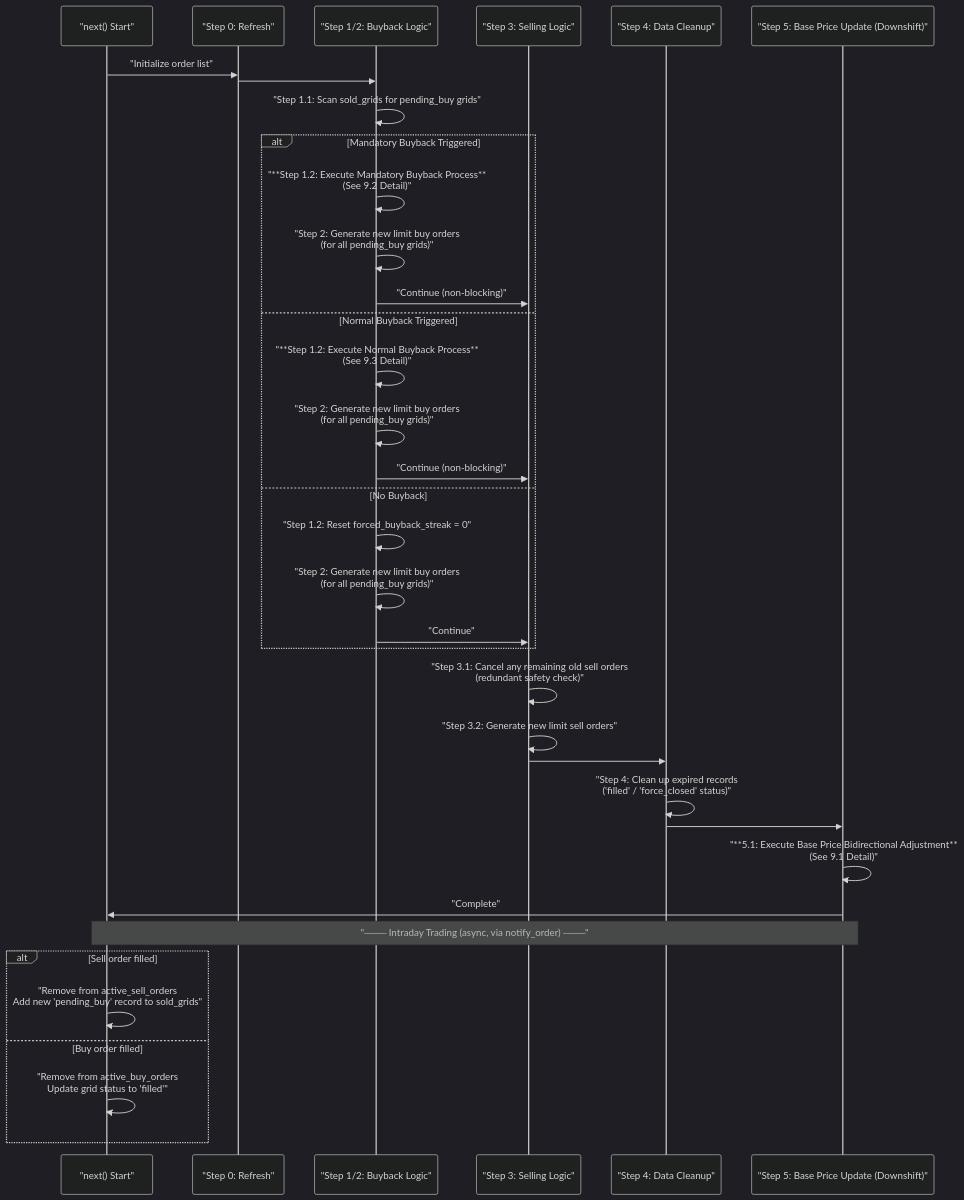
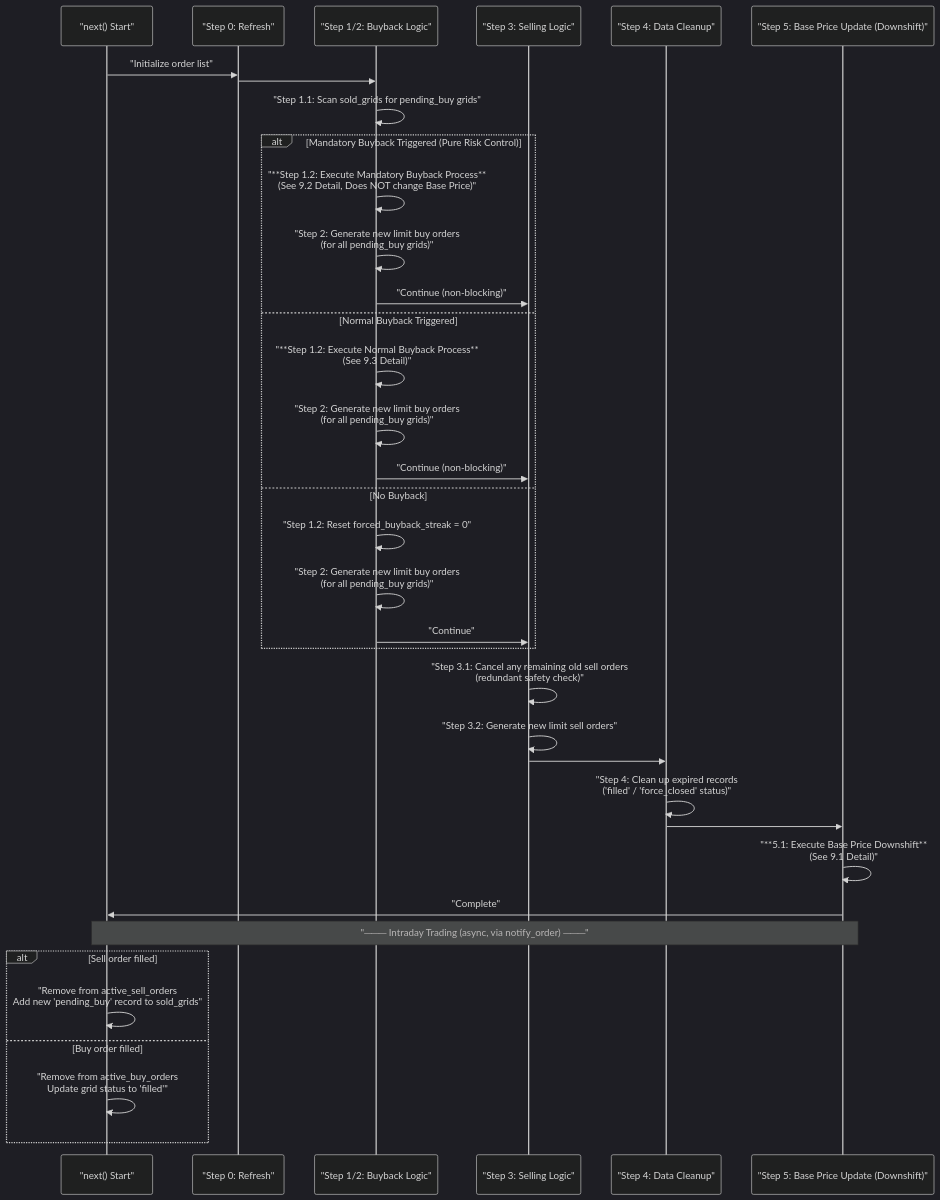
One commit to hhdsyxwei/campsis changed the first of 4 diagrams in docs/strategy-designs/grid-based-bear-chasing-strategy.md. Above: the diagram before and after it, drawn with Mermaid (dark theme). The commit also changed other lines of this file, not shown here.

First line of the commit message:
refactor(strategy): revert to unidirectional base price 'Gravity Model'

````diff
--- a/docs/strategy-designs/grid-based-bear-chasing-strategy.md
+++ b/docs/strategy-designs/grid-based-bear-chasing-strategy.md
@@ -324,48 +324,48 @@
 ```mermaid
 sequenceDiagram
     participant Next as "next() Start"
     participant Refresh as "Step 0: Refresh"
     participant BuyLogic as "Step 1/2: Buyback Logic"
     participant SellLogic as "Step 3: Selling Logic"
     participant Cleanup as "Step 4: Data Cleanup"
     participant BaseUpdate as "Step 5: Base Price Update (Downshift)"
 
     Next->>Refresh: "Initialize order list"
     Refresh->>BuyLogic: 
 
     BuyLogic->>BuyLogic: "Step 1.1: Scan sold_grids for pending_buy grids"
 
-    alt Mandatory Buyback Triggered
-        BuyLogic->>BuyLogic: "**Step 1.2: Execute Mandatory Buyback Process**<br>(See 9.2 Detail)"
+    alt Mandatory Buyback Triggered (Pure Risk Control)
+        BuyLogic->>BuyLogic: "**Step 1.2: Execute Mandatory Buyback Process**<br>(See 9.2 Detail, Does NOT change Base Price)"
         BuyLogic->>BuyLogic: "Step 2: Generate new limit buy orders<br>(for all pending_buy grids)"
         BuyLogic->>SellLogic: "Continue (non-blocking)"
         
     else Normal Buyback Triggered
         BuyLogic->>BuyLogic: "**Step 1.2: Execute Normal Buyback Process**<br>(See 9.3 Detail)"
         BuyLogic->>BuyLogic: "Step 2: Generate new limit buy orders<br>(for all pending_buy grids)"
         BuyLogic->>SellLogic: "Continue (non-blocking)"
 
     else No Buyback
         BuyLogic->>BuyLogic: "Step 1.2: Reset forced_buyback_streak = 0"
         BuyLogic->>BuyLogic: "Step 2: Generate new limit buy orders<br>(for all pending_buy grids)"
         BuyLogic->>SellLogic: "Continue"
     end
 
     SellLogic->>SellLogic: "Step 3.1: Cancel any remaining old sell orders<br>(redundant safety check)"
     SellLogic->>SellLogic: "Step 3.2: Generate new limit sell orders"
     SellLogic->>Cleanup: 
 
     Cleanup->>Cleanup: "Step 4: Clean up expired records<br>('filled' / 'force_closed' status)"
     Cleanup->>BaseUpdate: 
 
-    BaseUpdate->>BaseUpdate: "**5.1: Execute Base Price Bidirectional Adjustment**<br>(See 9.1 Detail)"
+    BaseUpdate->>BaseUpdate: "**5.1: Execute Base Price Downshift**<br>(See 9.1 Detail)"
     BaseUpdate->>Next: "Complete"
 
     Note over Next,BaseUpdate: "─── Intraday Trading (async, via notify_order) ───"
 
     alt Sell order filled
         Next->>Next: "Remove from active_sell_orders<br>Add new 'pending_buy' record to sold_grids"
     else Buy order filled
         Next->>Next: "Remove from active_buy_orders<br>Update grid status to 'filled'"
     end
 ```
````
